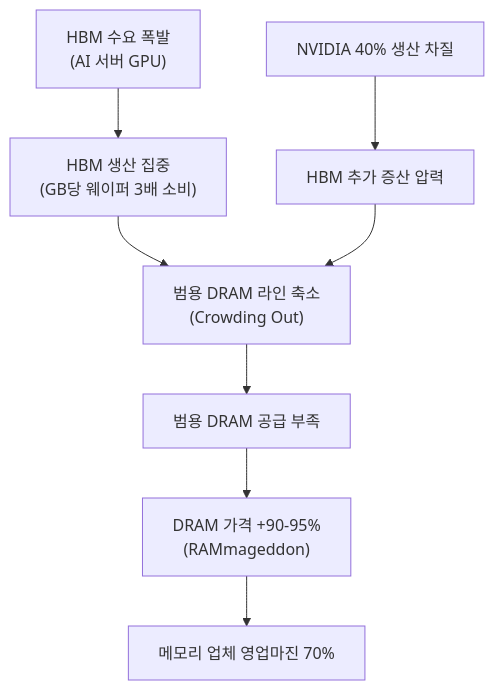
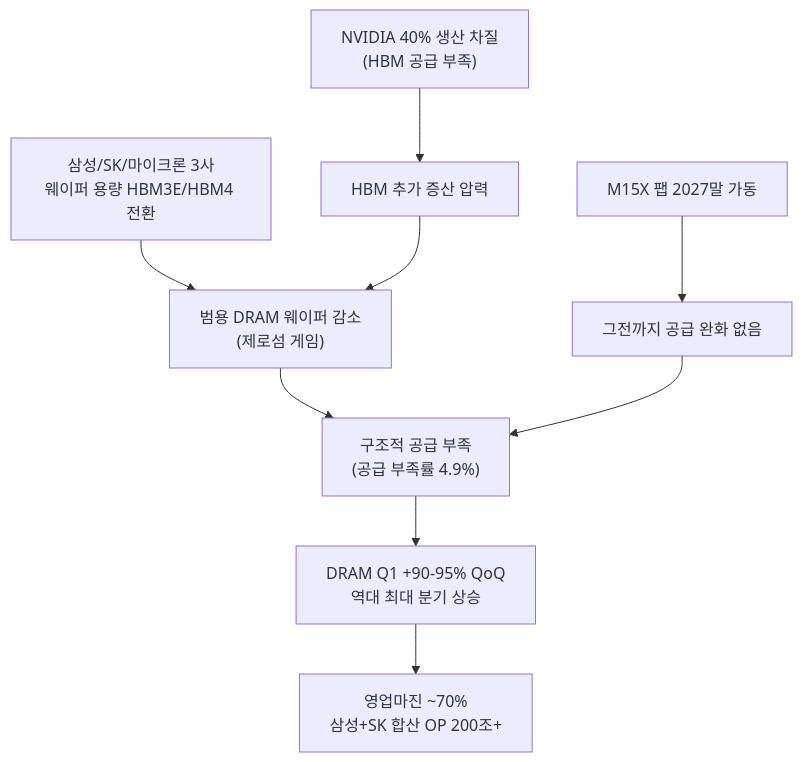
Before and after one commit to dss99911/dss99911.github.io: the diagram in _posts/knowledge/invest/2026-01-21-dram-nand-sector-outlook-2026.md, drawn with Mermaid. The commit also changed other lines of this file and 15 other files, not shown here.

````diff
--- a/_posts/knowledge/invest/2026-01-21-dram-nand-sector-outlook-2026.md
+++ b/_posts/knowledge/invest/2026-01-21-dram-nand-sector-outlook-2026.md
@@ -86,11 +83,13 @@
 ```mermaid
 flowchart TD
-    A["HBM 수요 폭발<br/>(AI 서버 GPU)"] --> B["HBM 생산 집중<br/>(GB당 웨이퍼 3배 소비)"]
-    B --> C["범용 DRAM 라인 축소<br/>(Crowding Out)"]
-    C --> D["범용 DRAM 공급 부족"]
-    D --> E["DRAM 가격 +90-95%<br/>(RAMmageddon)"]
-    E --> F["메모리 업체 영업마진 70%"]
+    A["삼성/SK/마이크론 3사<br/>웨이퍼 용량 HBM3E/HBM4 전환"] --> B["범용 DRAM 웨이퍼 감소<br/>(제로섬 게임)"]
+    B --> C["구조적 공급 부족<br/>(공급 부족률 4.9%)"]
+    C --> D["DRAM Q1 +90-95% QoQ<br/>역대 최대 분기 상승"]
+    D --> E["영업마진 ~70%<br/>삼성+SK 합산 OP 200조+"]
 
-    G["NVIDIA 40% 생산 차질"] --> H["HBM 추가 증산 압력"]
-    H --> C
+    F["NVIDIA 40% 생산 차질<br/>(HBM 공급 부족)"] --> G["HBM 추가 증산 압력"]
+    G --> B
+
+    H["M15X 팹 2027말 가동"] --> I["그전까지 공급 완화 없음"]
+    I --> C
 ```
````
